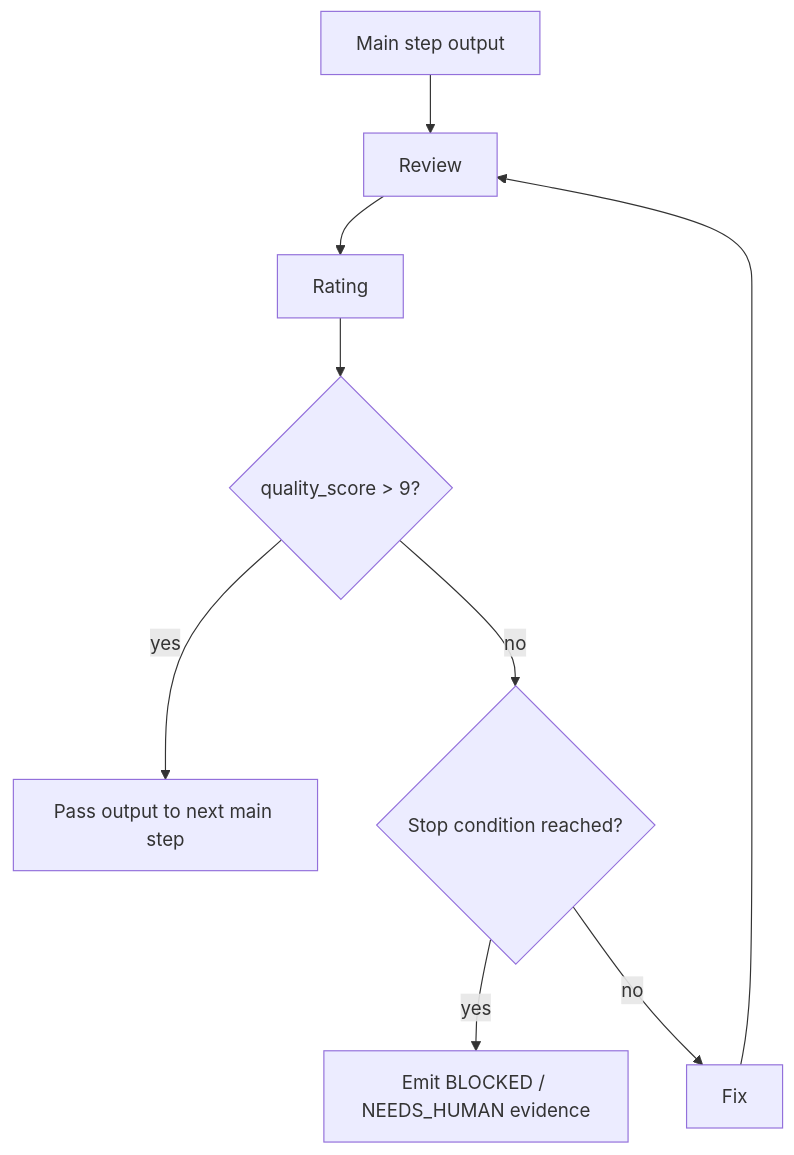
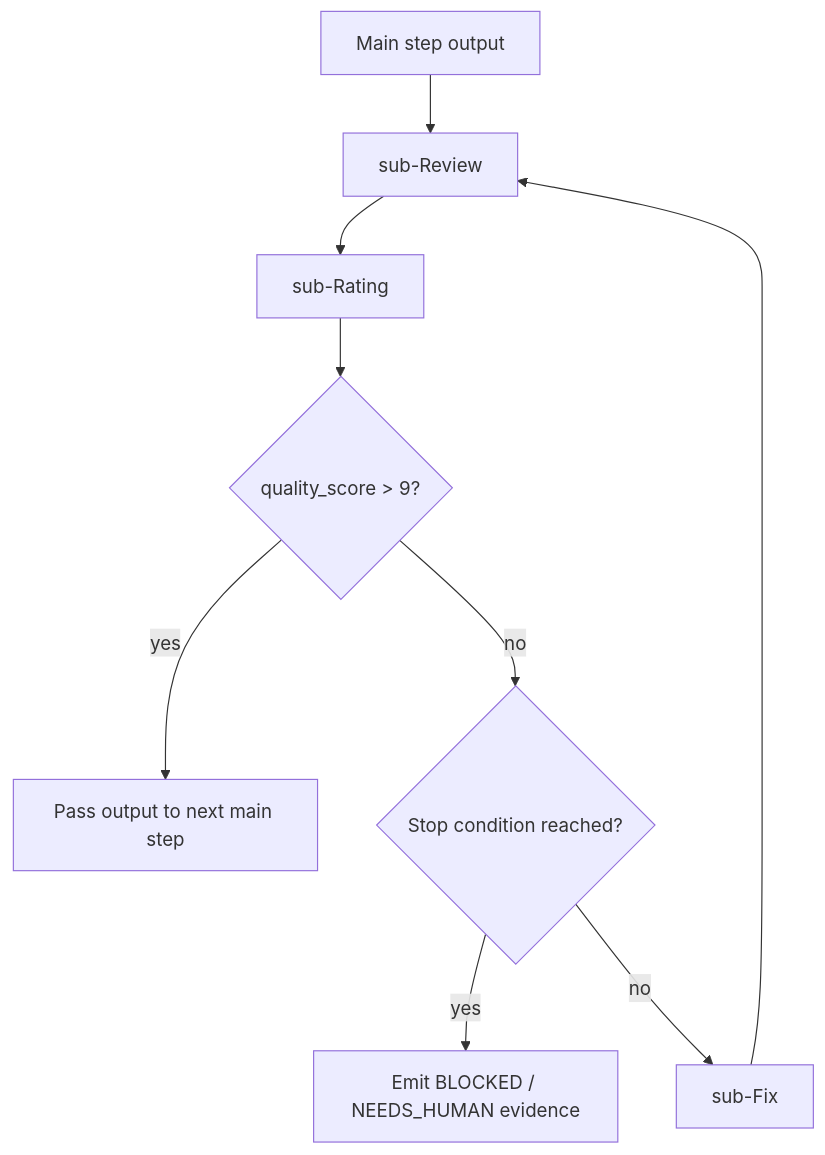
One commit to samzhu/grimoAPP changed the fifth of 10 diagrams in docs/grimo/references/grimo-agent-workflow-definition.md. Above: the diagram before and after it, drawn with Mermaid. The commit also changed other lines of this file and 26 other files, not shown here.

````diff
--- a/docs/grimo/references/grimo-agent-workflow-definition.md
+++ b/docs/grimo/references/grimo-agent-workflow-definition.md
@@ -202,11 +206,11 @@
 ```mermaid
 flowchart TD
-  StepOutput["Main step output"] --> Review["Review"]
-  Review --> Rating["Rating"]
+  StepOutput["Main step output"] --> Review["sub-Review"]
+  Review --> Rating["sub-Rating"]
   Rating --> Score{"quality_score > 9?"}
   Score -- "yes" --> Pass["Pass output to next main step"]
   Score -- "no" --> Stop{"Stop condition reached?"}
   Stop -- "yes" --> Block["Emit BLOCKED / NEEDS_HUMAN evidence"]
-  Stop -- "no" --> Fix["Fix"]
+  Stop -- "no" --> Fix["sub-Fix"]
   Fix --> Review
 ```
````
